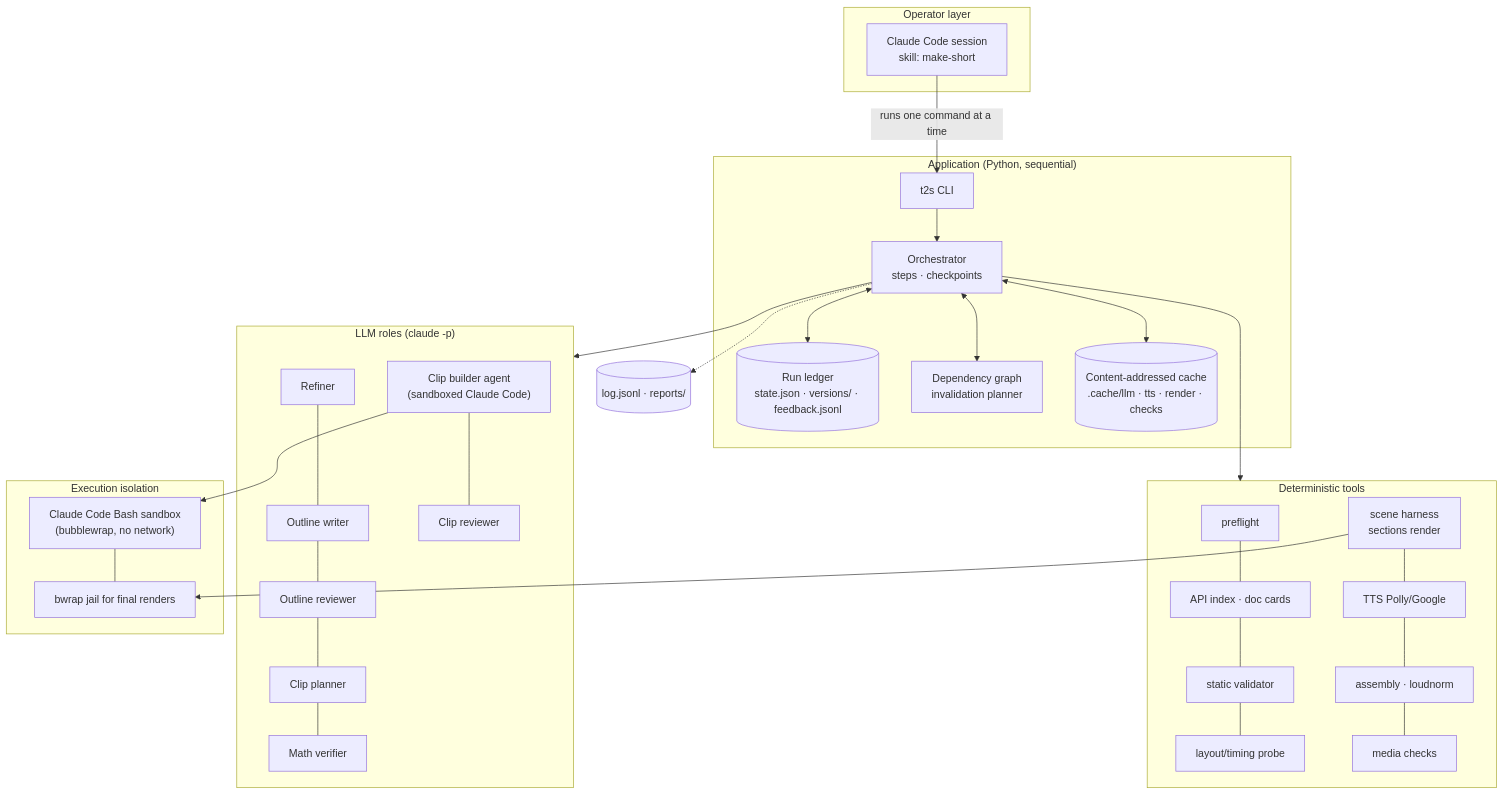
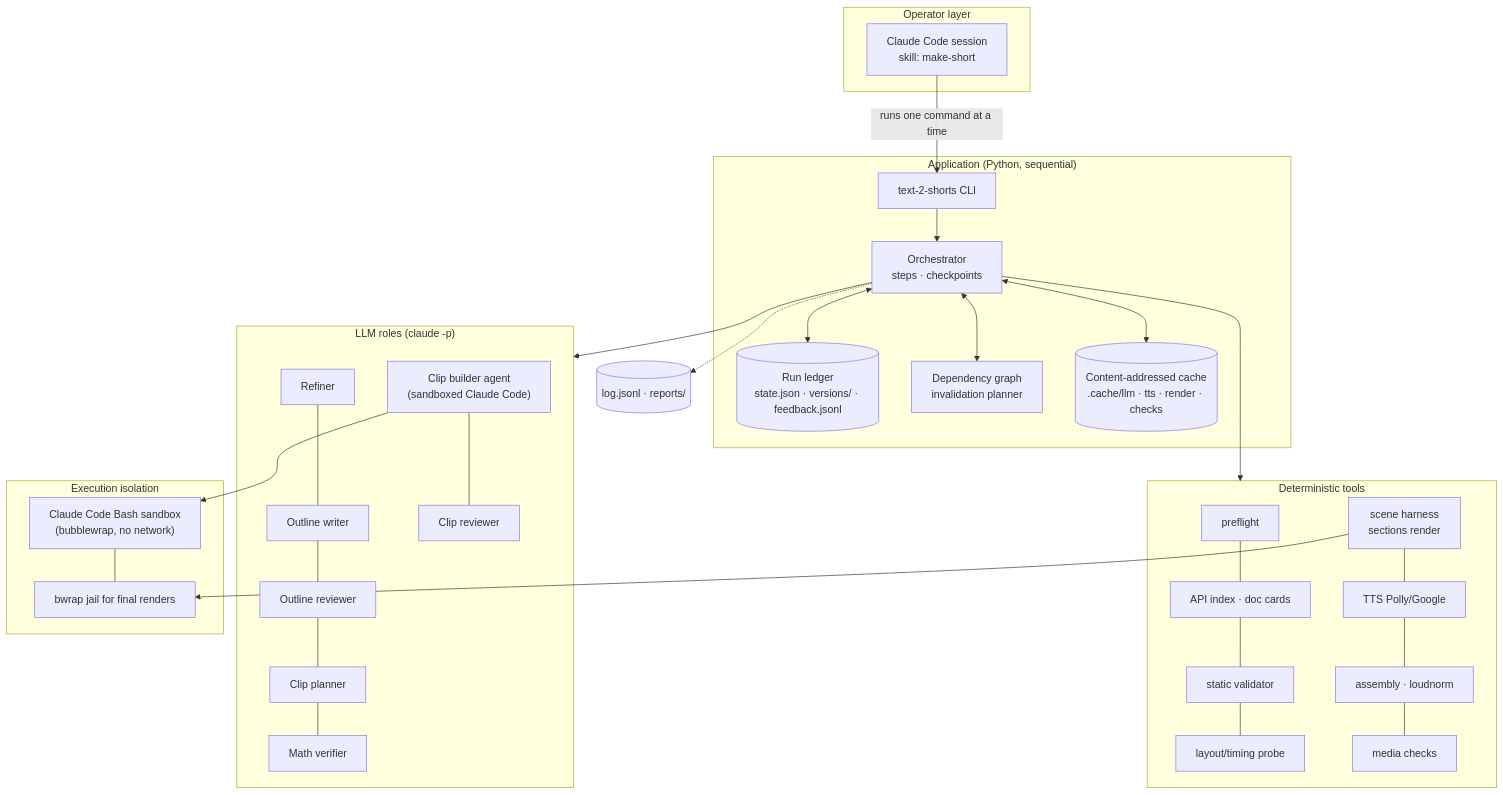
One commit to GARV-PATEL-11/Text-2-Shorts changed the diagram in diagrams/03-proposed-architecture.mmd. Above: the diagram before and after it, drawn with Mermaid. The commit also changed 58 other files, not shown here.

First line of the commit message:
Naming standard: descriptive identifiers, text-2-shorts command (0.6.0)

```diff
--- a/diagrams/03-proposed-architecture.mmd
+++ b/diagrams/03-proposed-architecture.mmd
@@ -1,27 +1,27 @@
 flowchart TB
     subgraph L0["Operator layer"]
         CC["Claude Code session<br/>skill: make-short"]
     end
     subgraph L1["Application (Python, sequential)"]
-        CLI["t2s CLI"] --> ORCH["Orchestrator<br/>steps · checkpoints"]
+        CLI["text-2-shorts CLI"] --> ORCH["Orchestrator<br/>steps · checkpoints"]
         ORCH <--> LED[("Run ledger<br/>state.json · versions/ · feedback.jsonl")]
         ORCH <--> DG["Dependency graph<br/>invalidation planner"]
         ORCH <--> CACHE[("Content-addressed cache<br/>.cache/llm · tts · render · checks")]
     end
     subgraph L2["LLM roles (claude -p)"]
         RF[Refiner] --- OW[Outline writer] --- OR[Outline reviewer] --- CP[Clip planner] --- MV[Math verifier]
         CB["Clip builder agent<br/>(sandboxed Claude Code)"] --- CR[Clip reviewer]
     end
     subgraph L3["Deterministic tools"]
         PF[preflight] --- IDX[API index · doc cards] --- VAL[static validator] --- PR[layout/timing probe]
         HAR["scene harness<br/>sections render"] --- TTS[TTS Polly/Google] --- ASM[assembly · loudnorm] --- QC[media checks]
     end
     subgraph L4["Execution isolation"]
         SB["Claude Code Bash sandbox<br/>(bubblewrap, no network)"] --- BW["bwrap jail for final renders"]
     end
     CC -->|"runs one command at a time"| CLI
     ORCH --> L2
     ORCH --> L3
     CB --> SB
     HAR --> BW
     ORCH -.-> OBS[("log.jsonl · reports/")]
```
